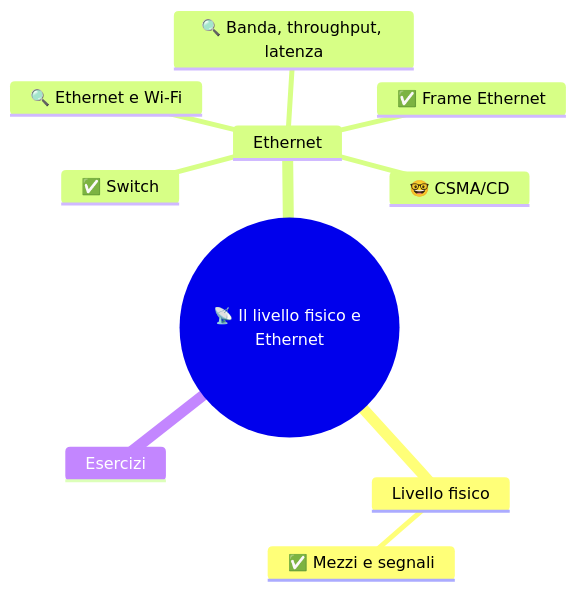
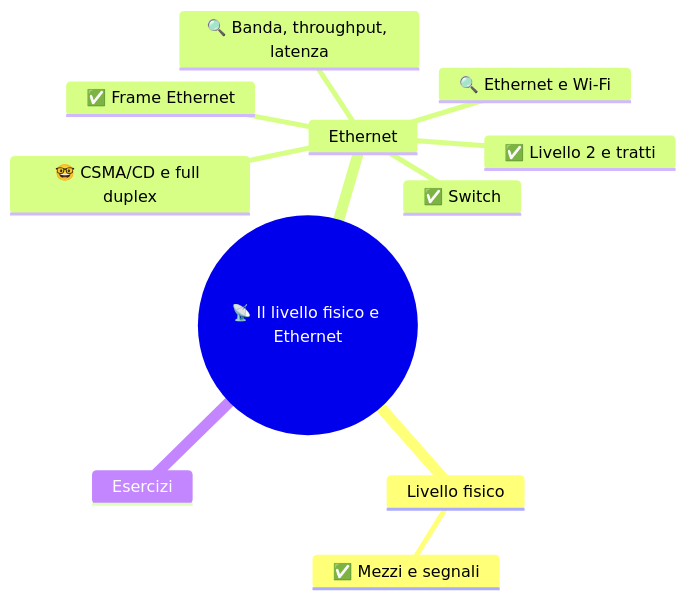
One commit to Neeqstock/dispense-caramuel changed the first of 3 diagrams in 4DI - Sistemi e Reti/1 SETT-OTT/(STU) 4DI sett-ott S2 - Il livello fisico e Ethernet.md. Above: the diagram before and after it, drawn with Mermaid. The commit also changed other lines of this file and 12 other files, not shown here.

````diff
--- a/4DI - Sistemi e Reti/1 SETT-OTT/(STU) 4DI sett-ott S2 - Il livello fisico e Ethernet.md
+++ b/4DI - Sistemi e Reti/1 SETT-OTT/(STU) 4DI sett-ott S2 - Il livello fisico e Ethernet.md
@@ -13,13 +15,14 @@
 ```mermaid
 mindmap
   root((📡 Il livello fisico e Ethernet))
     Livello fisico
       ✅ Mezzi e segnali
     Ethernet
       ✅ Frame Ethernet
       ✅ Switch
+      ✅ Livello 2 e tratti
       🔍 Ethernet e Wi-Fi
       🔍 Banda, throughput, latenza
-      🤓 CSMA/CD
+      🤓 CSMA/CD e full duplex
     Esercizi
 ```
````
